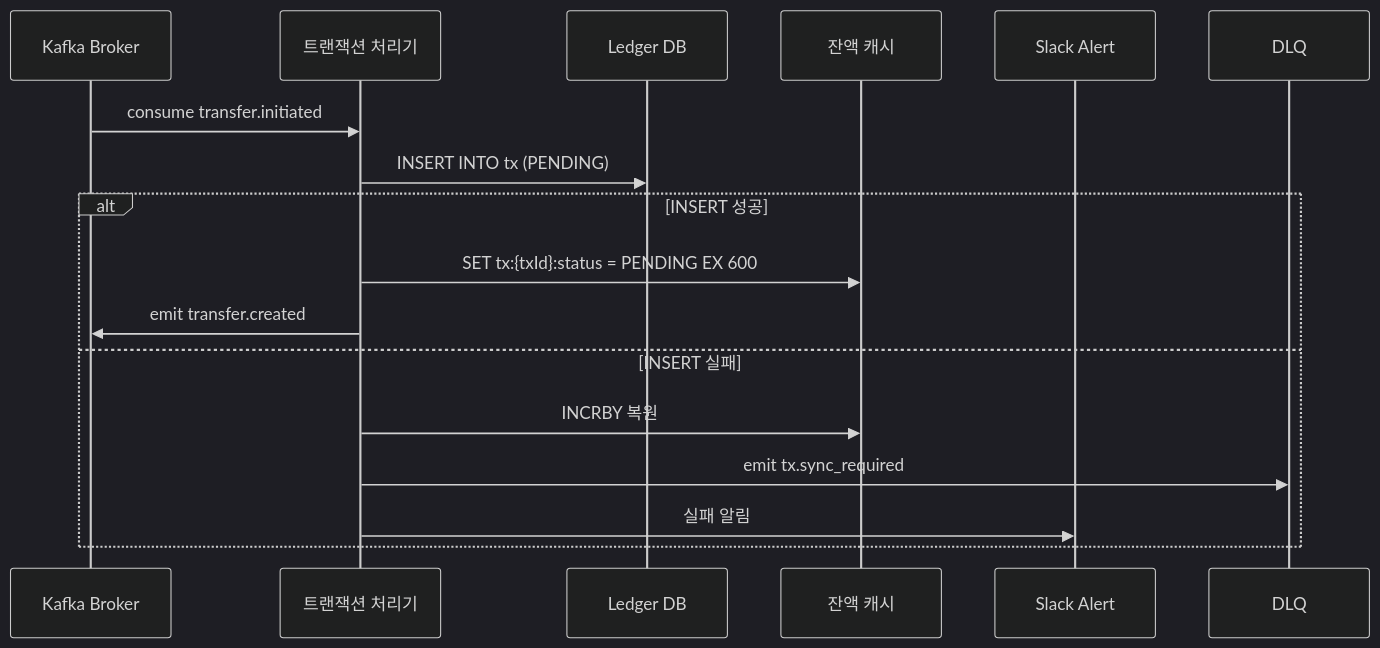
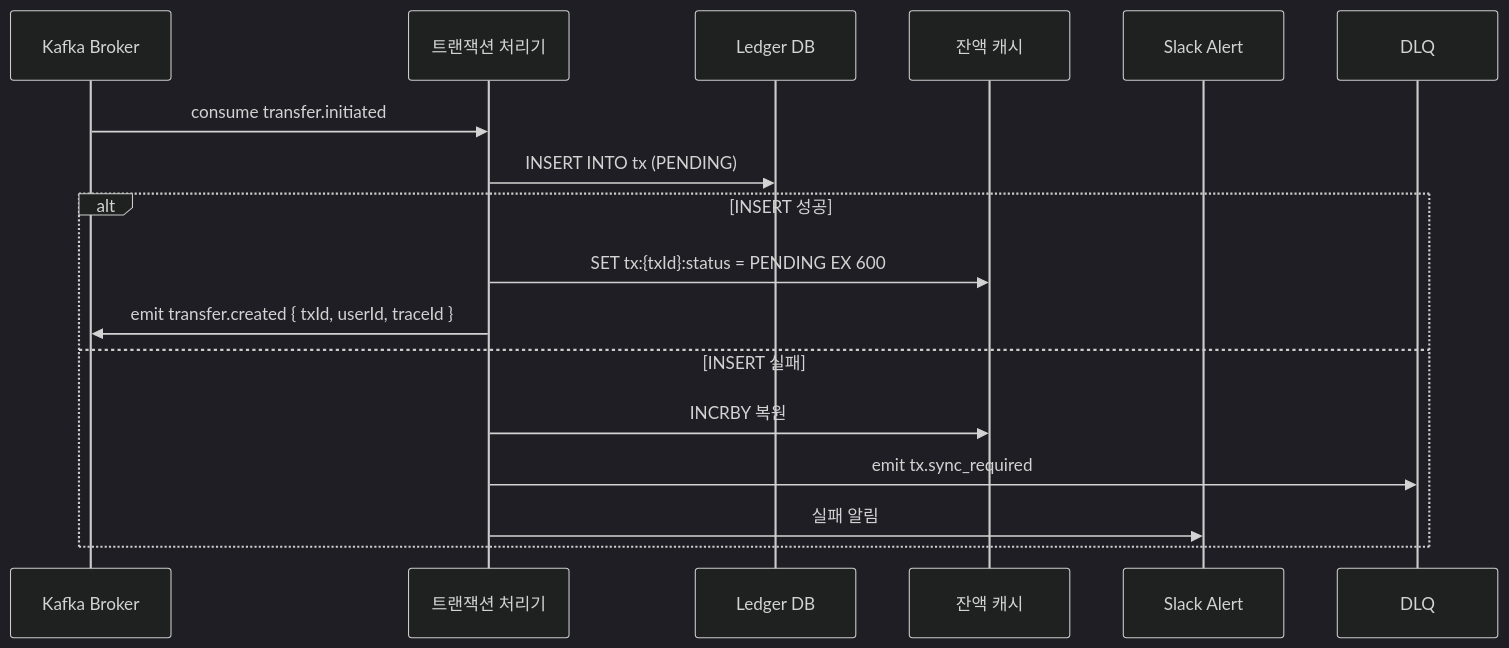
Before and after one commit to hyungkishin/FDS-System: the third of 7 diagrams in docs/SequenceDiagram.md, drawn with Mermaid (dark theme). The commit also changed other lines of this file and 3 other files, not shown here.

Commit message:
fix: ERD / infra ( 이벤트 기반 ) 보완 - account_balance 테이블 추가 - infra 이벤트 기반 uml 수정

````diff
--- a/docs/SequenceDiagram.md
+++ b/docs/SequenceDiagram.md
@@ -54,20 +54,20 @@
 ```mermaid
 sequenceDiagram
     participant Kafka as Kafka Broker
     participant TxWorker as 트랜잭션 처리기
     participant RDB as Ledger DB
     participant Redis as 잔액 캐시
     participant Slack as Slack Alert
     participant DLQ as DLQ
 
     Kafka->>TxWorker: consume transfer.initiated
     TxWorker->>RDB: INSERT INTO tx (PENDING)
     alt INSERT 성공
         TxWorker->>Redis: SET tx:{txId}:status = PENDING EX 600
-        TxWorker->>Kafka: emit transfer.created
+        TxWorker->>Kafka: emit transfer.created { txId, userId, traceId }
     else INSERT 실패
         TxWorker->>Redis: INCRBY 복원
         TxWorker->>DLQ: emit tx.sync_required
         TxWorker->>Slack: 실패 알림
     end
 ```
````
